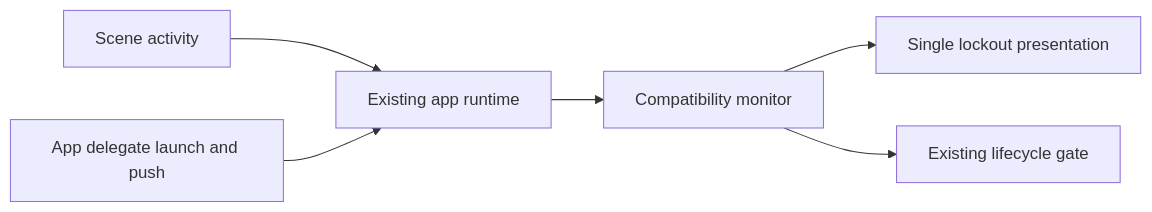
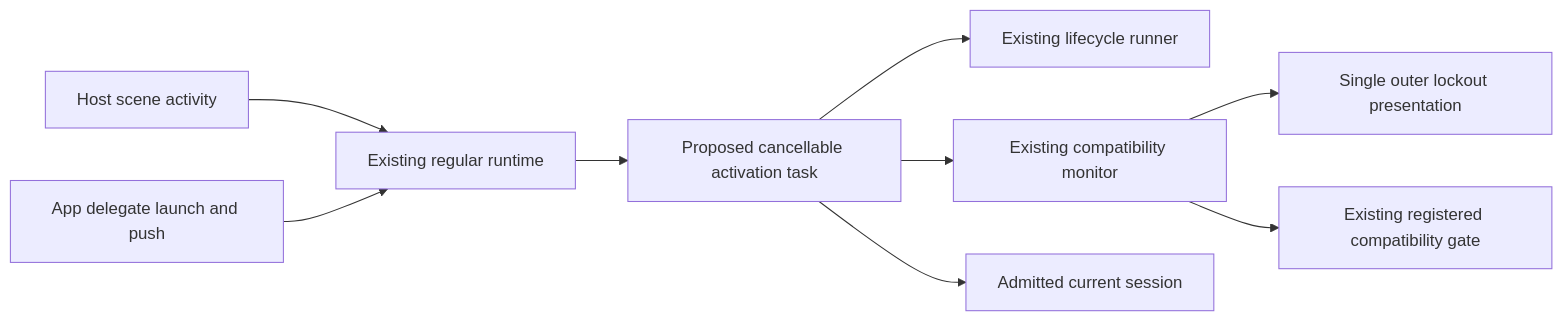
The diagram in Plans/2026-11-17-compatibility-access/03-presentation-runtime.md (kyleve/Stuff), drawn with Mermaid before and after one commit. The commit also changed other lines of this file and 42 other files, not shown here.

````diff
--- a/Plans/2026-11-17-compatibility-access/03-presentation-runtime.md
+++ b/Plans/2026-11-17-compatibility-access/03-presentation-runtime.md
@@ -15,8 +23,11 @@
 ```mermaid
 flowchart LR
-    Scene[Scene activity] --> Runtime[Existing app runtime]
+    Scene[Host scene activity] --> Runtime[Existing regular runtime]
     Delegate[App delegate launch and push] --> Runtime
-    Runtime --> Monitor[Compatibility monitor]
-    Monitor --> Root[Single lockout presentation]
-    Monitor --> Gate[Existing lifecycle gate]
+    Runtime --> Activation[Proposed cancellable activation task]
+    Activation --> Runner[Existing lifecycle runner]
+    Activation --> Monitor[Existing compatibility monitor]
+    Activation --> Session[Admitted current session]
+    Monitor --> Root[Single outer lockout presentation]
+    Monitor --> Gate[Existing registered compatibility gate]
 ```
````
